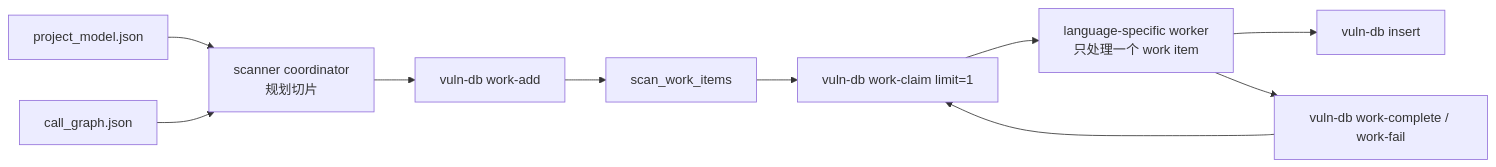
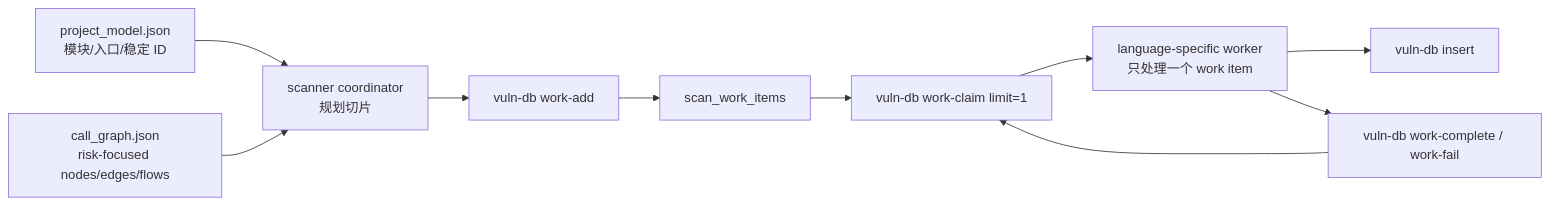
One commit to TTY-flag/opencode_tty changed the second of 3 diagrams in .opencode/README_multi-agent1.md. Above: the diagram before and after it, drawn with Mermaid. The commit also changed other lines of this file and 13 other files, not shown here.

Commit message:
feat: optimize structured scan context flow

````diff
--- a/.opencode/README_multi-agent1.md
+++ b/.opencode/README_multi-agent1.md
@@ -241,12 +241,12 @@
 ```mermaid
 flowchart LR
-  PM["project_model.json"] --> PLAN["scanner coordinator<br/>规划切片"]
-  CG["call_graph.json"] --> PLAN
+  PM["project_model.json<br/>模块/入口/稳定 ID"] --> PLAN["scanner coordinator<br/>规划切片"]
+  CG["call_graph.json<br/>risk-focused nodes/edges/flows"] --> PLAN
   PLAN --> ADD["vuln-db work-add"]
   ADD --> QUEUE["scan_work_items"]
   QUEUE --> CLAIM["vuln-db work-claim limit=1"]
   CLAIM --> WORKER["language-specific worker<br/>只处理一个 work item"]
   WORKER --> INSERT["vuln-db insert"]
   WORKER --> COMPLETE["vuln-db work-complete / work-fail"]
   COMPLETE --> CLAIM
 ```
````
